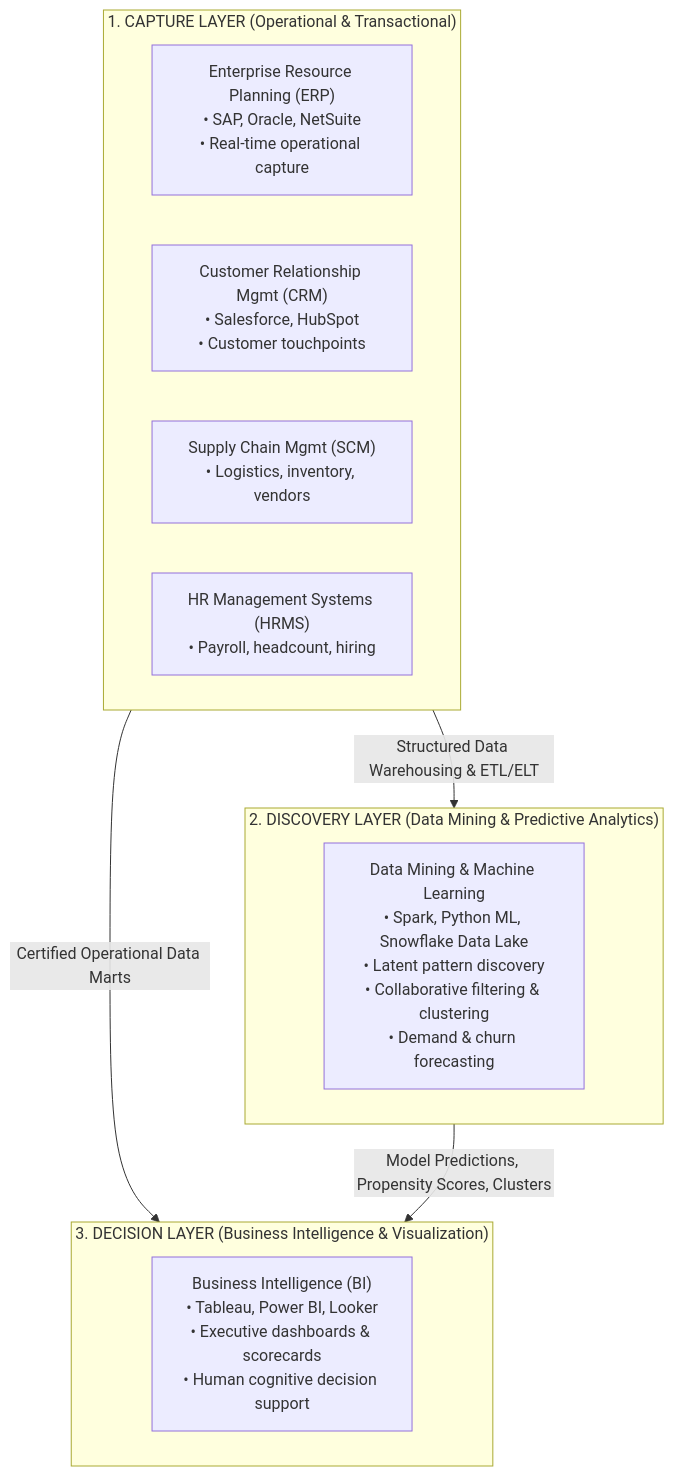
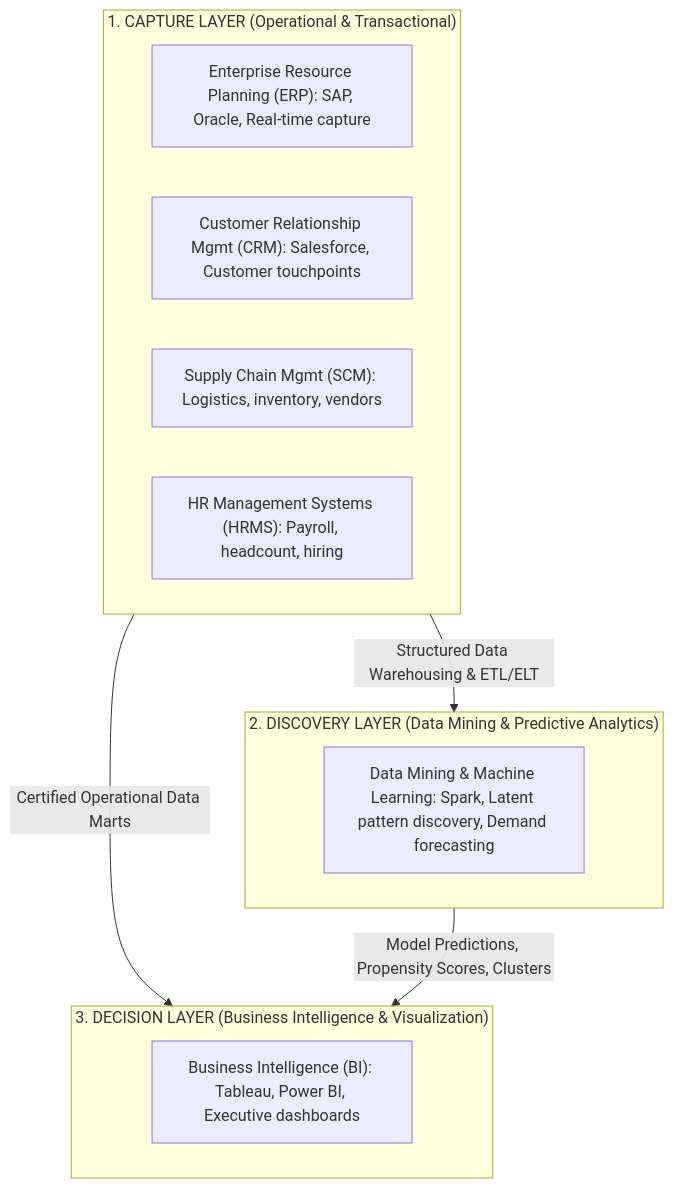
Diagram 16 of 27 in notes/data_analysis/Unit_2_notes.md (DeepLumiere/DeepSkills), drawn with Mermaid before and after one commit. The commit also changed other lines of this file and 56 other files, not shown here.

````diff
--- a/notes/data_analysis/Unit_2_notes.md
+++ b/notes/data_analysis/Unit_2_notes.md
@@ -842,21 +842,21 @@
 ```mermaid
 flowchart TD
-    subgraph Capture["1. CAPTURE LAYER (Operational & Transactional)"]
-        ERP["Enterprise Resource Planning (ERP)<br/>• SAP, Oracle, NetSuite<br/>• Real-time operational capture"]
-        CRM["Customer Relationship Mgmt (CRM)<br/>• Salesforce, HubSpot<br/>• Customer touchpoints"]
-        SCM["Supply Chain Mgmt (SCM)<br/>• Logistics, inventory, vendors"]
-        HRMS["HR Management Systems (HRMS)<br/>• Payroll, headcount, hiring"]
+    subgraph Capture ["1. CAPTURE LAYER (Operational & Transactional)"]
+        ERP["Enterprise Resource Planning (ERP): SAP, Oracle, Real-time capture"]
+        CRM["Customer Relationship Mgmt (CRM): Salesforce, Customer touchpoints"]
+        SCM["Supply Chain Mgmt (SCM): Logistics, inventory, vendors"]
+        HRMS["HR Management Systems (HRMS): Payroll, headcount, hiring"]
     end
 
-    subgraph Discover["2. DISCOVERY LAYER (Data Mining & Predictive Analytics)"]
-        DM["Data Mining & Machine Learning<br/>• Spark, Python ML, Snowflake Data Lake<br/>• Latent pattern discovery<br/>• Collaborative filtering & clustering<br/>• Demand & churn forecasting"]
+    subgraph Discover ["2. DISCOVERY LAYER (Data Mining & Predictive Analytics)"]
+        DM["Data Mining & Machine Learning: Spark, Latent pattern discovery, Demand forecasting"]
     end
 
-    subgraph Decide["3. DECISION LAYER (Business Intelligence & Visualization)"]
-        BI["Business Intelligence (BI)<br/>• Tableau, Power BI, Looker<br/>• Executive dashboards & scorecards<br/>• Human cognitive decision support"]
+    subgraph Decide ["3. DECISION LAYER (Business Intelligence & Visualization)"]
+        BI["Business Intelligence (BI): Tableau, Power BI, Executive dashboards"]
     end
 
     Capture -->|"Structured Data Warehousing & ETL/ELT"| Discover
     Capture -->|"Certified Operational Data Marts"| Decide
     Discover -->|"Model Predictions, Propensity Scores, Clusters"| Decide
 ```
````
